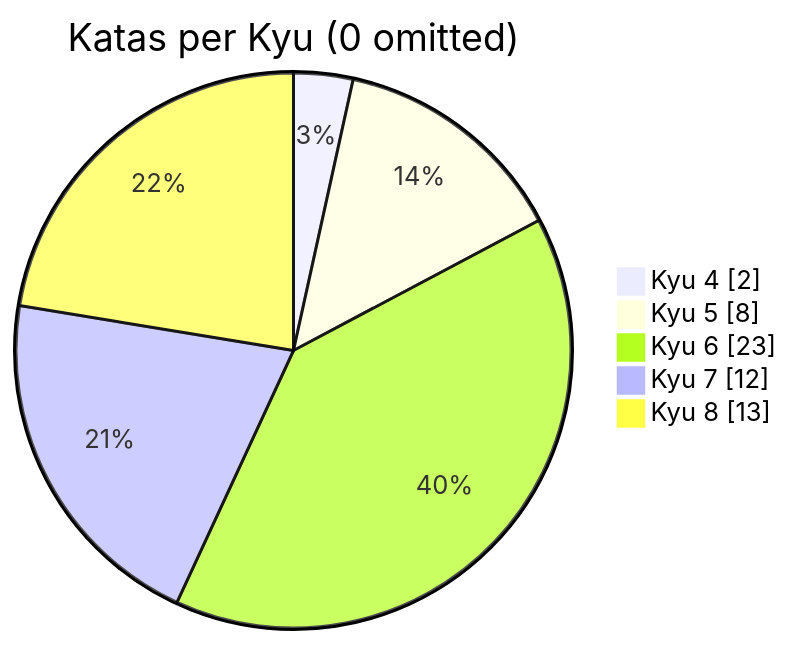
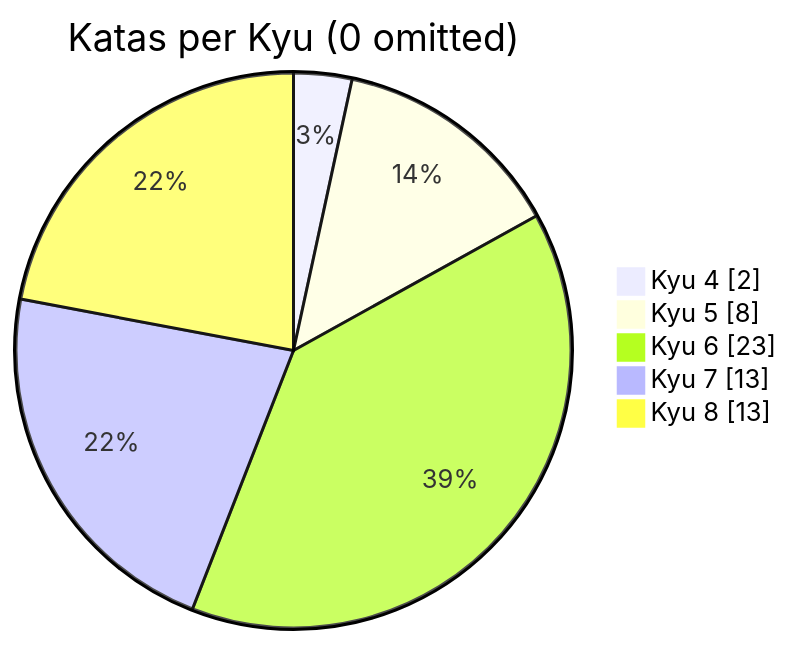
The diagram in README.md (MauricioLudwig/codewars-typescript), drawn with Mermaid before and after one commit. The commit also changed other lines of this file, not shown here.

````diff
--- a/README.md
+++ b/README.md
@@ -20,9 +20,9 @@
 ```mermaid
 pie showData
     title Katas per Kyu (0 omitted)
 	"Kyu 4": 2
 	"Kyu 5": 8
 	"Kyu 6": 23
-	"Kyu 7": 12
+	"Kyu 7": 13
 	"Kyu 8": 13
 ```
````
